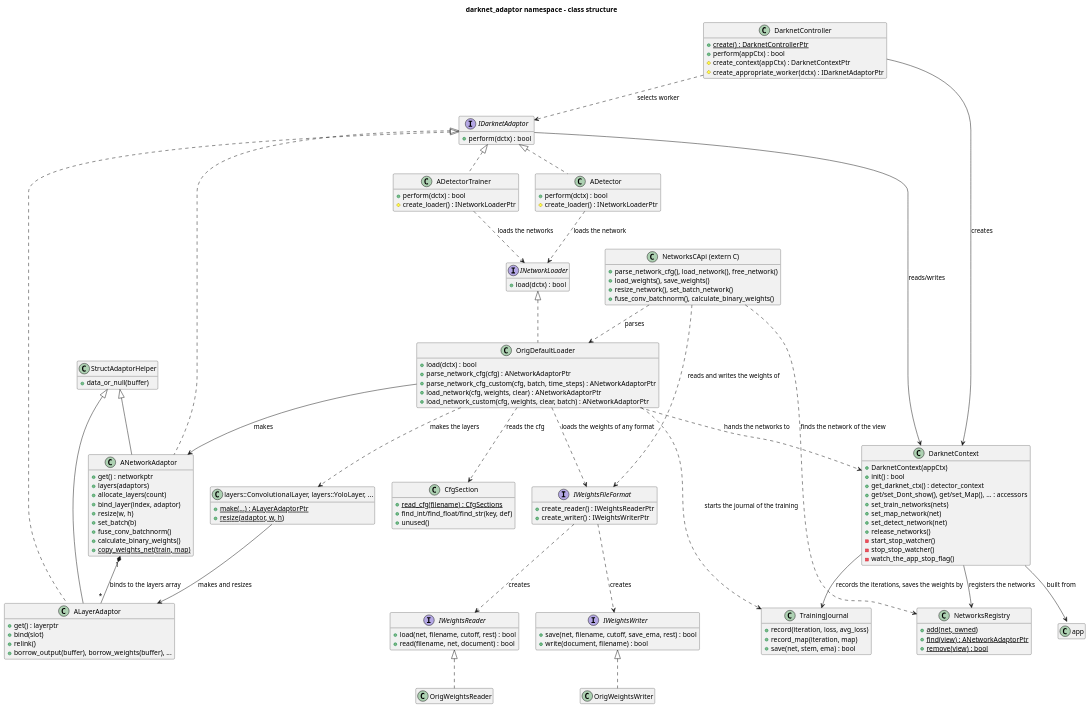
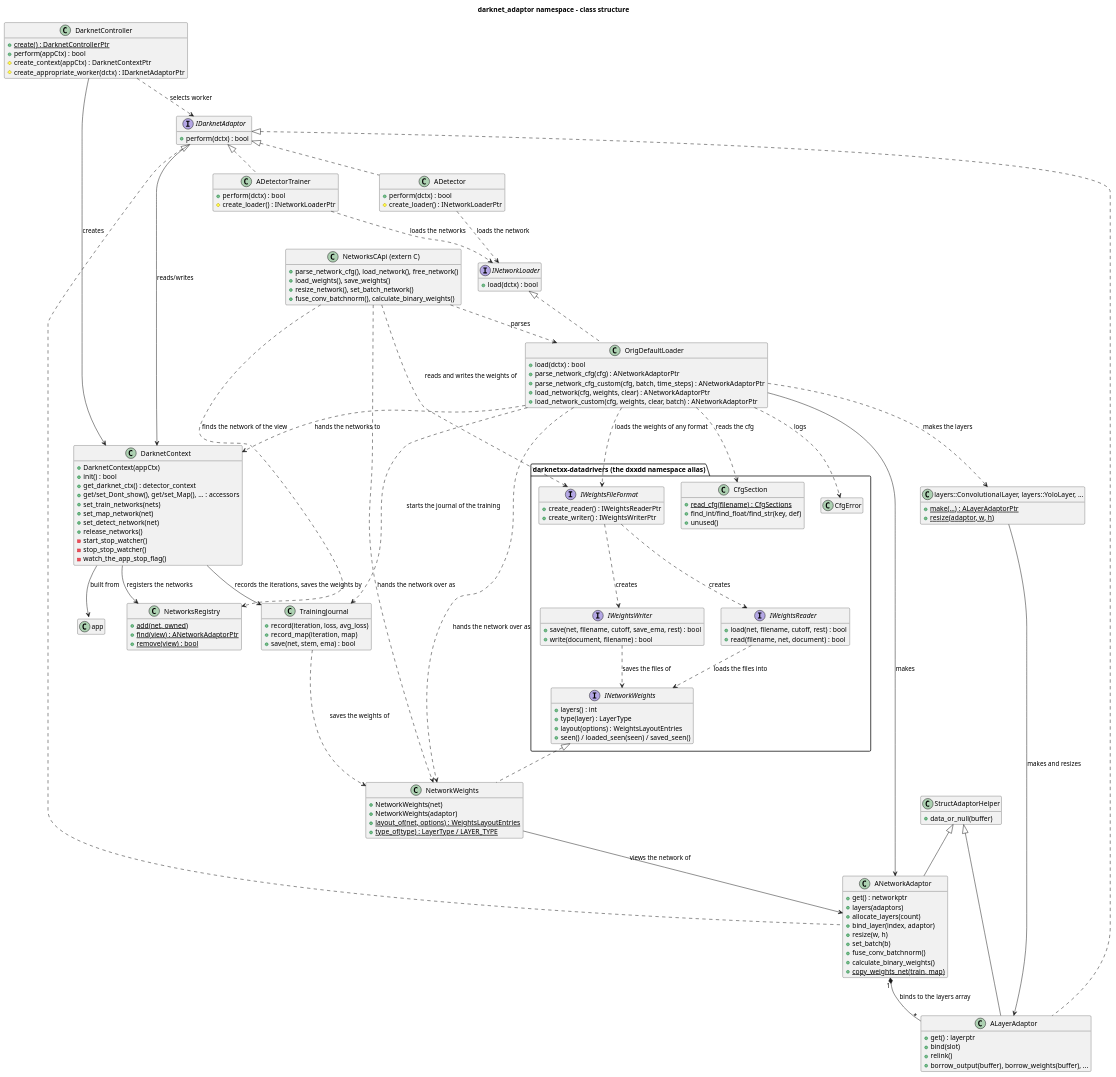
One commit to yuriysydor1991/darknetxx changed the diagram in doc/diagrams/darknet-adaptor-classes.puml. Above: the diagram before and after it, drawn with PlantUML. The commit also changed 68 other files, not shown here.

First line of the commit message:
docs: document the darknetxx-datadrivers library the project depends on

```diff
--- a/doc/diagrams/darknet-adaptor-classes.puml
+++ b/doc/diagrams/darknet-adaptor-classes.puml
@@ -1,156 +1,177 @@
 @startuml darknet-adaptor-classes
 title darknet_adaptor namespace - class structure
 
 skinparam shadowing false
 hide empty members
 
 class DarknetController {
   +{static} create() : DarknetControllerPtr
   +perform(appCtx) : bool
   #create_context(appCtx) : DarknetContextPtr
   #create_appropriate_worker(dctx) : IDarknetAdaptorPtr
 }
 
 class DarknetContext {
   +DarknetContext(appCtx)
   +init() : bool
   +get_darknet_ctx() : detector_context
   +get/set_Dont_show(), get/set_Map(), ... : accessors
   +set_train_networks(nets)
   +set_map_network(net)
   +set_detect_network(net)
   +release_networks()
   -start_stop_watcher()
   -stop_stop_watcher()
   -watch_the_app_stop_flag()
 }
 
 interface IDarknetAdaptor {
   +perform(dctx) : bool
 }
 
 class ADetector {
   +perform(dctx) : bool
   #create_loader() : INetworkLoaderPtr
 }
 class ADetectorTrainer {
   +perform(dctx) : bool
   #create_loader() : INetworkLoaderPtr
 }
 
 interface INetworkLoader {
   +load(dctx) : bool
 }
 
 class OrigDefaultLoader {
   +load(dctx) : bool
   +parse_network_cfg(cfg) : ANetworkAdaptorPtr
   +parse_network_cfg_custom(cfg, batch, time_steps) : ANetworkAdaptorPtr
   +load_network(cfg, weights, clear) : ANetworkAdaptorPtr
   +load_network_custom(cfg, weights, clear, batch) : ANetworkAdaptorPtr
 }
 
-class CfgSection {
-  +{static} read_cfg(filename) : CfgSections
-  +find_int/find_float/find_str(key, def)
-  +unused()
+package "darknetxx-datadrivers (the dxxdd namespace alias)" {
+  class CfgSection {
+    +{static} read_cfg(filename) : CfgSections
+    +find_int/find_float/find_str(key, def)
+    +unused()
+  }
+
+  class CfgError
+
+  interface INetworkWeights {
+    +layers() : int
+    +type(layer) : LayerType
+    +layout(options) : WeightsLayoutEntries
+    +seen() / loaded_seen(seen) / saved_seen()
+  }
+
+  interface IWeightsReader {
+    +load(net, filename, cutoff, rest) : bool
+    +read(filename, net, document) : bool
+  }
+
+  interface IWeightsWriter {
+    +save(net, filename, cutoff, save_ema, rest) : bool
+    +write(document, filename) : bool
+  }
+
+  interface IWeightsFileFormat {
+    +create_reader() : IWeightsReaderPtr
+    +create_writer() : IWeightsWriterPtr
+  }
 }
 
-interface IWeightsReader {
-  +load(net, filename, cutoff, rest) : bool
-  +read(filename, net, document) : bool
+class NetworkWeights {
+  +NetworkWeights(net)
+  +NetworkWeights(adaptor)
+  +{static} layout_of(net, options) : WeightsLayoutEntries
+  +{static} type_of(type) : LayerType / LAYER_TYPE
 }
-
-interface IWeightsWriter {
-  +save(net, filename, cutoff, save_ema, rest) : bool
-  +write(document, filename) : bool
-}
-
-interface IWeightsFileFormat {
-  +create_reader() : IWeightsReaderPtr
-  +create_writer() : IWeightsWriterPtr
-}
-
-class OrigWeightsReader
-class OrigWeightsWriter
 
 class TrainingJournal {
   +record(iteration, loss, avg_loss)
   +record_map(iteration, map)
   +save(net, stem, ema) : bool
 }
 
 class ANetworkAdaptor {
   +get() : networkptr
   +layers(adaptors)
   +allocate_layers(count)
   +bind_layer(index, adaptor)
   +resize(w, h)
   +set_batch(b)
   +fuse_conv_batchnorm()
   +calculate_binary_weights()
   +{static} copy_weights_net(train, map)
 }
 
 class ALayerAdaptor {
   +get() : layerptr
   +bind(slot)
   +relink()
   +borrow_output(buffer), borrow_weights(buffer), ...
 }
 
 class "layers::ConvolutionalLayer, layers::YoloLayer, ..." as Layers {
   +{static} make(...) : ALayerAdaptorPtr
   +{static} resize(adaptor, w, h)
 }
 
 class NetworksRegistry {
   +{static} add(net, owned)
   +{static} find(view) : ANetworkAdaptorPtr
   +{static} remove(view) : bool
 }
 
 class "NetworksCApi (extern C)" as NetworksCApi {
   +parse_network_cfg(), load_network(), free_network()
   +load_weights(), save_weights()
   +resize_network(), set_batch_network()
   +fuse_conv_batchnorm(), calculate_binary_weights()
 }
 
 class StructAdaptorHelper {
   +data_or_null(buffer)
 }
 
 IDarknetAdaptor <|.. ADetector
 IDarknetAdaptor <|.. ADetectorTrainer
 IDarknetAdaptor <|.. ALayerAdaptor
 IDarknetAdaptor <|.. ANetworkAdaptor
 INetworkLoader <|.. OrigDefaultLoader
-IWeightsReader <|.. OrigWeightsReader
-IWeightsWriter <|.. OrigWeightsWriter
+INetworkWeights <|.. NetworkWeights
 StructAdaptorHelper <|-- ALayerAdaptor
 StructAdaptorHelper <|-- ANetworkAdaptor
 
 DarknetController --> DarknetContext : creates
 DarknetController ..> IDarknetAdaptor : selects worker
 IDarknetAdaptor --> DarknetContext : reads/writes
 ADetector ..> INetworkLoader : loads the network
 ADetectorTrainer ..> INetworkLoader : loads the networks
 OrigDefaultLoader ..> CfgSection : reads the cfg
+OrigDefaultLoader ..> CfgError : logs
 OrigDefaultLoader ..> Layers : makes the layers
 OrigDefaultLoader ..> IWeightsFileFormat : loads the weights of any format
+OrigDefaultLoader ..> NetworkWeights : hands the network over as
 OrigDefaultLoader ..> TrainingJournal : starts the journal of the training
 IWeightsFileFormat ..> IWeightsReader : creates
 IWeightsFileFormat ..> IWeightsWriter : creates
+IWeightsReader ..> INetworkWeights : loads the files into
+IWeightsWriter ..> INetworkWeights : saves the files of
+NetworkWeights --> ANetworkAdaptor : views the network of
+TrainingJournal ..> NetworkWeights : saves the weights of
 DarknetContext --> TrainingJournal : records the iterations, saves the weights by
 OrigDefaultLoader --> ANetworkAdaptor : makes
 OrigDefaultLoader ..> DarknetContext : hands the networks to
 Layers --> ALayerAdaptor : makes and resizes
 ANetworkAdaptor "1" *-- "*" ALayerAdaptor : binds to the layers array
 DarknetContext --> NetworksRegistry : registers the networks
 NetworksCApi ..> NetworksRegistry : finds the network of the view
 NetworksCApi ..> OrigDefaultLoader : parses
 NetworksCApi ..> IWeightsFileFormat : reads and writes the weights of
+NetworksCApi ..> NetworkWeights : hands the network over as
 DarknetContext --> "app::ApplicationContext" : built from
 
 @enduml
```
